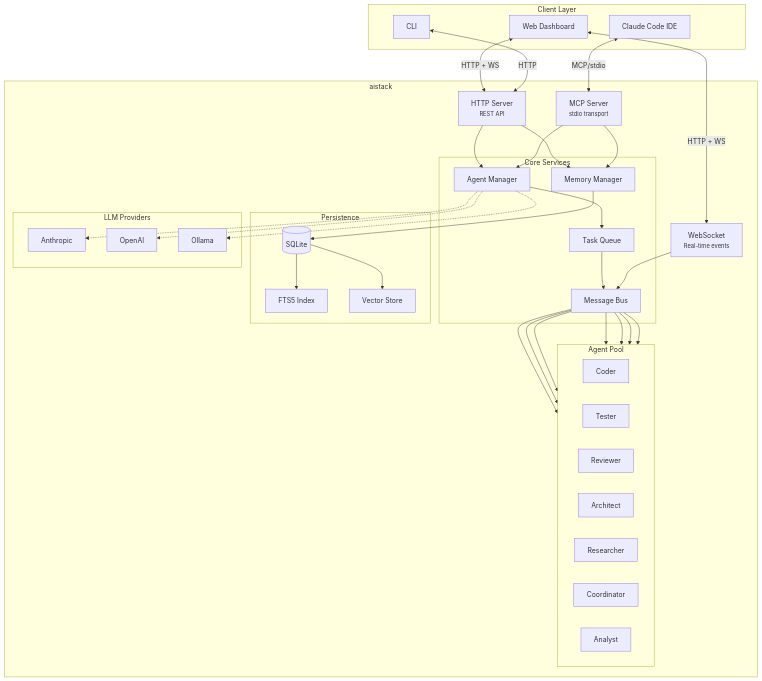
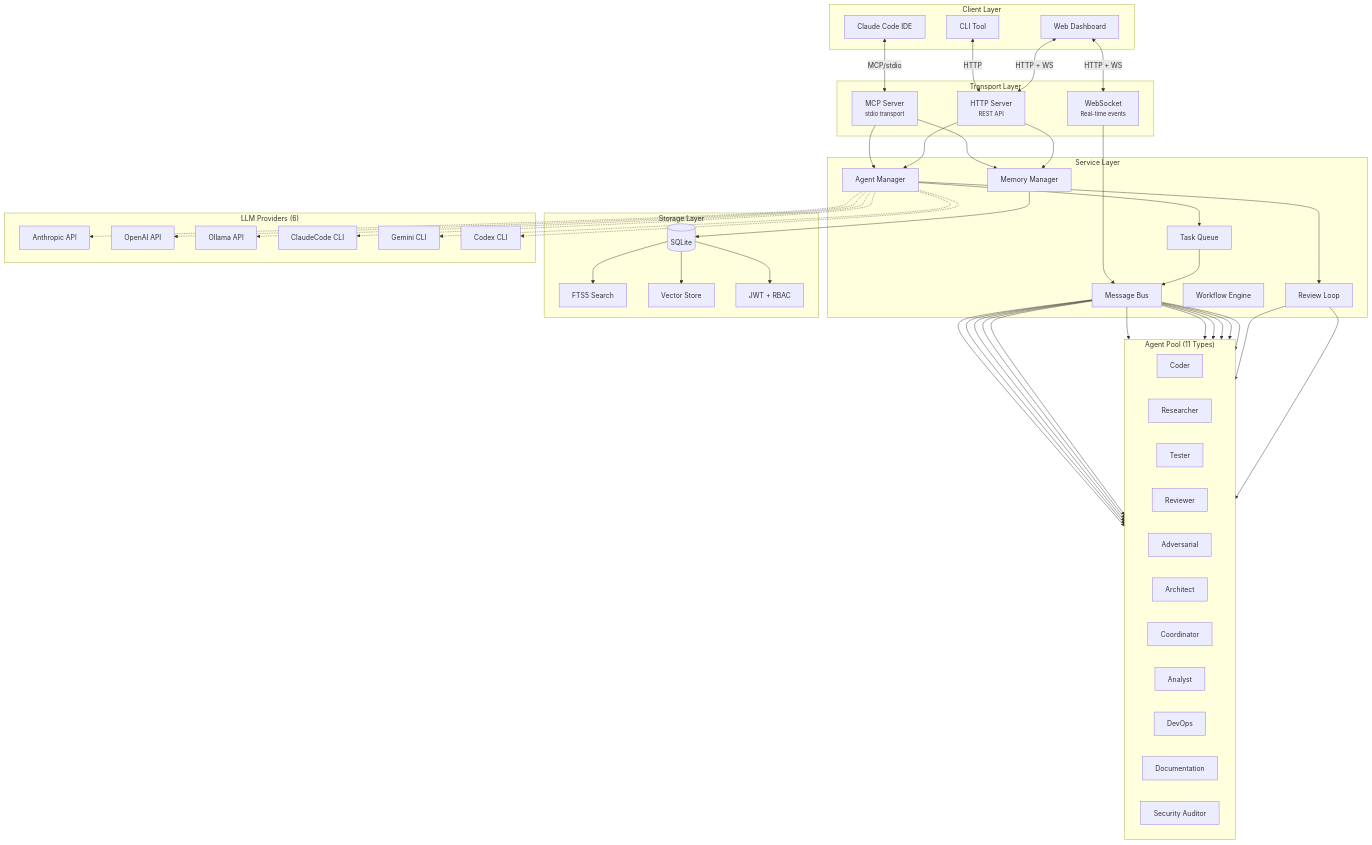
The first of 3 diagrams in README.md (blackms/aistack), drawn with Mermaid before and after one commit. The commit also changed other lines of this file and 7 other files, not shown here.

````diff
--- a/README.md
+++ b/README.md
@@ -149,55 +102,68 @@
 ```mermaid
 graph TB
     subgraph Clients["Client Layer"]
         CC[Claude Code IDE]
-        CLI[CLI]
+        CLI[CLI Tool]
         WEB[Web Dashboard]
     end
 
-    subgraph "aistack"
+    subgraph Transport["Transport Layer"]
         MCP["MCP Server<br/><small>stdio transport</small>"]
         HTTP["HTTP Server<br/><small>REST API</small>"]
         WS["WebSocket<br/><small>Real-time events</small>"]
-
-        subgraph Core["Core Services"]
-            AM[Agent Manager]
-            MM[Memory Manager]
-            TQ[Task Queue]
-            MB[Message Bus]
-        end
-
-        subgraph Agents["Agent Pool"]
-            direction LR
-            A1[Coder]
-            A2[Tester]
-            A3[Reviewer]
-            A4[Architect]
-            A5[Researcher]
-            A6[Coordinator]
-            A7[Analyst]
-        end
-
-        subgraph Storage["Persistence"]
-            SQL[(SQLite)]
-            FTS[FTS5 Index]
-            VEC[Vector Store]
-        end
-
-        subgraph Providers["LLM Providers"]
-            ANT[Anthropic]
-            OAI[OpenAI]
-            OLL[Ollama]
-        end
     end
 
-    CC <-->|"MCP/stdio"| MCP
-    CLI <-->|"HTTP"| HTTP
-    WEB <-->|"HTTP + WS"| HTTP & WS
+    subgraph Services["Service Layer"]
+        AM[Agent Manager]
+        MM[Memory Manager]
+        TQ[Task Queue]
+        MB[Message Bus]
+        WE[Workflow Engine]
+        RL[Review Loop]
+    end
+
+    subgraph Agents["Agent Pool (11 Types)"]
+        direction LR
+        A1[Coder]
+        A2[Researcher]
+        A3[Tester]
+        A4[Reviewer]
+        A5[Adversarial]
+        A6[Architect]
+        A7[Coordinator]
+        A8[Analyst]
+        A9[DevOps]
+        A10[Documentation]
+        A11[Security Auditor]
+    end
+
+    subgraph Storage["Storage Layer"]
+        SQL[(SQLite)]
+        FTS[FTS5 Search]
+        VEC[Vector Store]
+        AUTH[JWT + RBAC]
+    end
+
+    subgraph Providers["LLM Providers (6)"]
+        ANT[Anthropic API]
+        OAI[OpenAI API]
+        OLL[Ollama API]
+        CLC[ClaudeCode CLI]
+        GEM[Gemini CLI]
+        CDX[Codex CLI]
+    end
+
+    CC <-->|MCP/stdio| MCP
+    CLI <-->|HTTP| HTTP
+    WEB <-->|HTTP + WS| HTTP & WS
 
     MCP & HTTP --> AM & MM
     WS --> MB
     AM --> TQ --> MB
-    MB --> A1 & A2 & A3 & A4 & A5 & A6 & A7
+    MB --> A1 & A2 & A3 & A4 & A5 & A6 & A7 & A8 & A9 & A10 & A11
     MM --> SQL --> FTS & VEC
-    AM -.-> ANT & OAI & OLL
+    SQL --> AUTH
+    AM --> RL
+    RL --> A1 & A5
+    AM -.-> ANT & OAI & OLL & CLC & GEM & CDX
 ```
````
